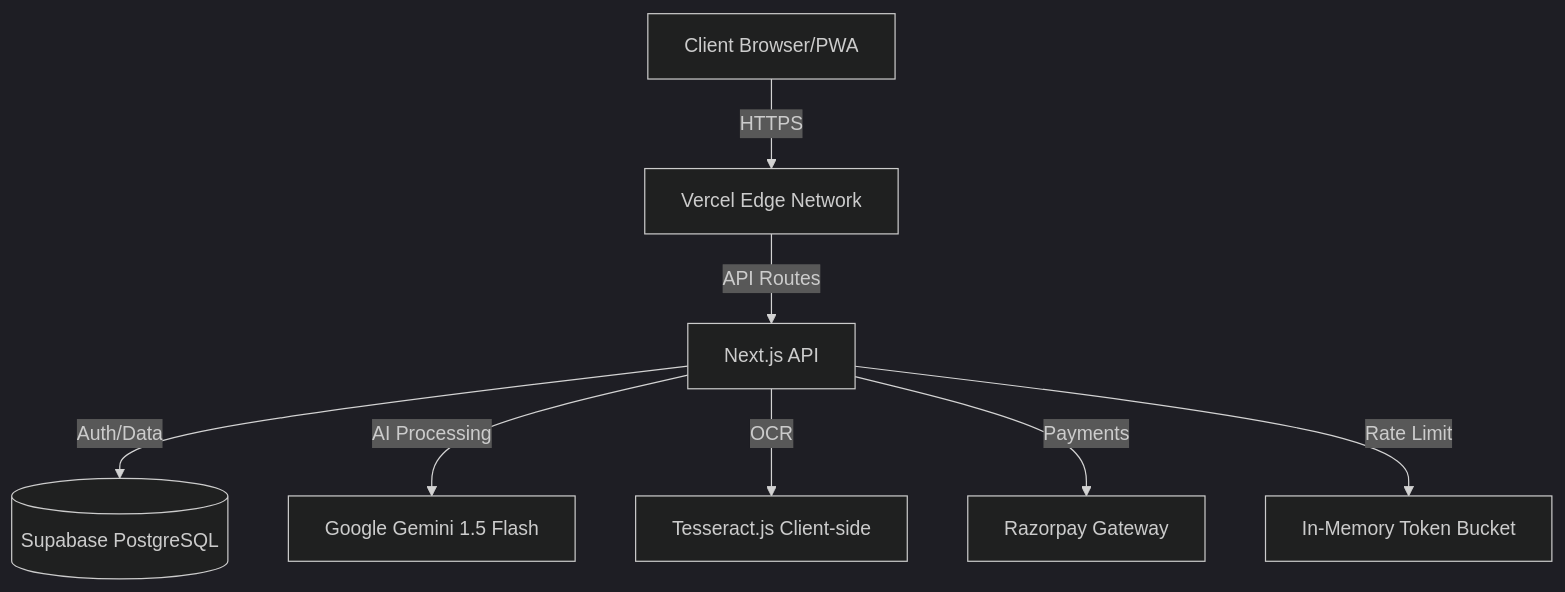
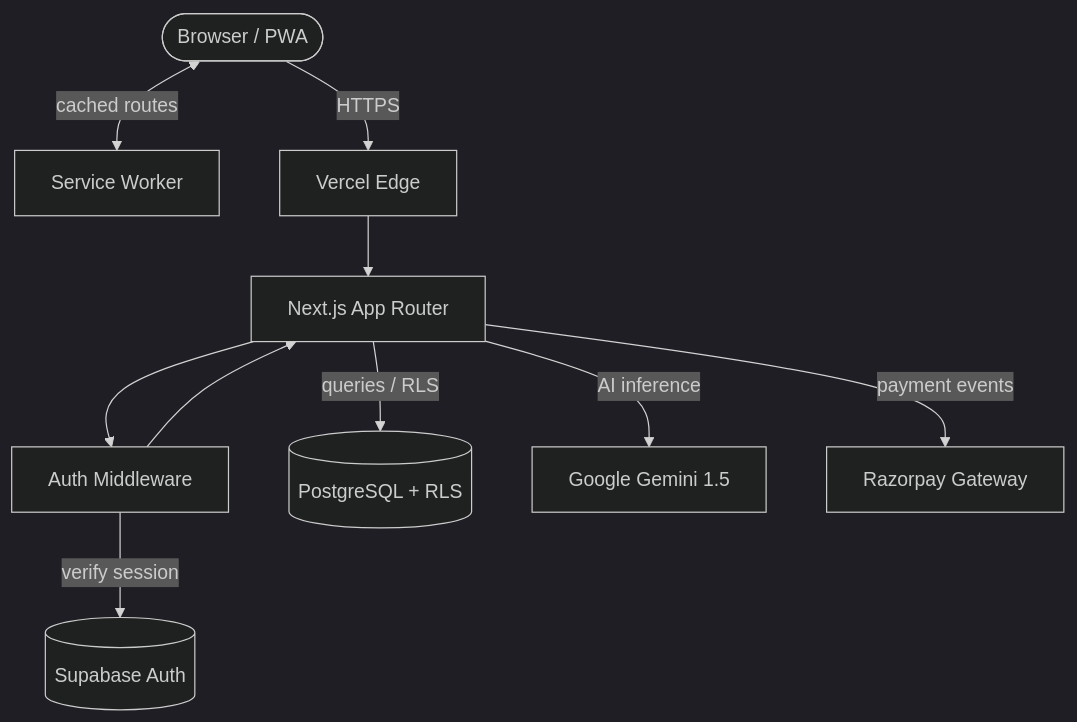
The first of 3 diagrams in README.md (Kesavaraja67/75-club), drawn with Mermaid (dark theme) before and after one commit. The commit also changed other lines of this file and 2 other files, not shown here.

````diff
--- a/README.md
+++ b/README.md
@@ -150,10 +132,22 @@
 ```mermaid
 graph TD
-    Client[Client Browser/PWA] -->|HTTPS| Vercel[Vercel Edge Network]
-    Vercel -->|API Routes| NextAPI[Next.js API]
-    NextAPI -->|Auth/Data| Supabase[(Supabase PostgreSQL)]
-    NextAPI -->|AI Processing| Gemini[Google Gemini 1.5 Flash]
-    NextAPI -->|OCR| Tesseract[Tesseract.js Client-side]
-    NextAPI -->|Payments| Razorpay[Razorpay Gateway]
-    NextAPI -->|Rate Limit| RateLimit[In-Memory Token Bucket]
+    Client(["Browser / PWA"])
+    SW["Service Worker"]
+    Vercel["Vercel Edge"]
+    AppRouter["Next.js App Router"]
+    Middleware["Auth Middleware"]
+    SupabaseAuth[("Supabase Auth")]
+    SupabaseDB[("PostgreSQL + RLS")]
+    Gemini["Google Gemini 1.5"]
+    Razorpay["Razorpay Gateway"]
+
+    Client <-->|"cached routes"| SW
+    Client -->|"HTTPS"| Vercel
+    Vercel --> AppRouter
+    AppRouter --> Middleware
+    Middleware -->|"verify session"| SupabaseAuth
+    Middleware --> AppRouter
+    AppRouter -->|"queries / RLS"| SupabaseDB
+    AppRouter -->|"AI inference"| Gemini
+    AppRouter -->|"payment events"| Razorpay
 ```
````
